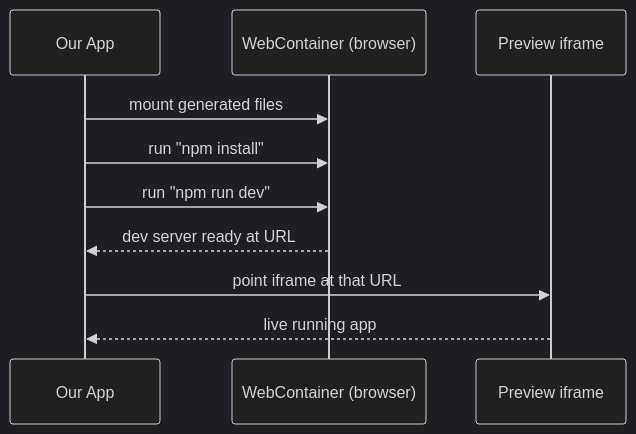
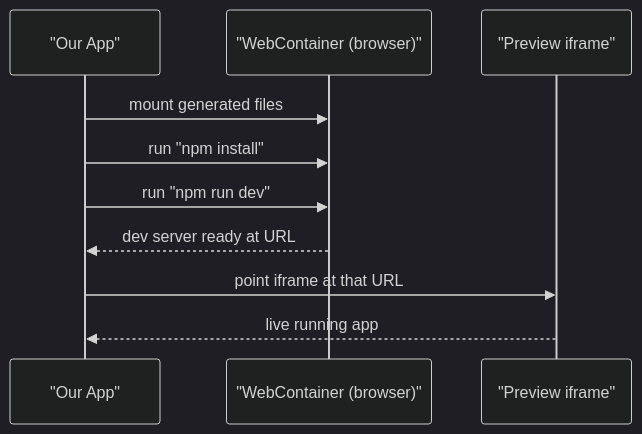
Before and after one commit to Rocky4554/website_builder-: the second of 4 diagrams in docs/PREVIEW_OPTIONS.md, drawn with Mermaid (dark theme). The commit also changed 42 other files, not shown here.

````diff
--- a/docs/PREVIEW_OPTIONS.md
+++ b/docs/PREVIEW_OPTIONS.md
@@ -91,12 +91,12 @@
 ```mermaid
 sequenceDiagram
-    participant UI as Our App
-    participant WC as WebContainer (browser)
-    participant IF as Preview iframe
+    participant UI as "Our App"
+    participant WC as "WebContainer (browser)"
+    participant IF as "Preview iframe"
     UI->>WC: mount generated files
     UI->>WC: run "npm install"
     UI->>WC: run "npm run dev"
     WC-->>UI: dev server ready at URL
     UI->>IF: point iframe at that URL
     IF-->>UI: live running app
 ```
````
